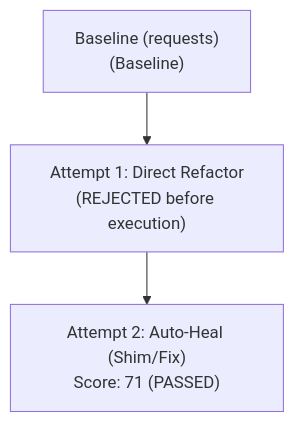
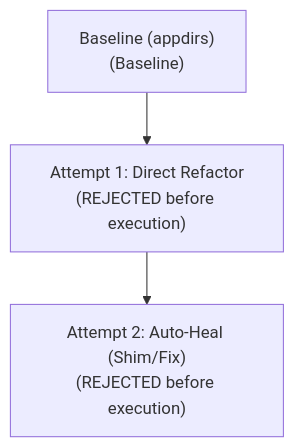
Before and after one commit to Aarya-2601/H26_Heckers_Kavach: the diagram in CAPSULE.md, drawn with Mermaid. The commit also changed other lines of this file and 11 other files, not shown here.

````diff
--- a/CAPSULE.md
+++ b/CAPSULE.md
@@ -16,10 +16,10 @@
 ```mermaid
 graph TD
-    node_0["Baseline (requests)<br/>(Baseline)"]
+    node_0["Baseline (appdirs)<br/>(Baseline)"]
     node_1["Attempt 1: Direct Refactor<br/>(REJECTED before execution)"]
     node_0 --> node_1
-    node_2["Attempt 2: Auto-Heal (Shim/Fix)<br/>Score: 71 (PASSED)"]
+    node_2["Attempt 2: Auto-Heal (Shim/Fix)<br/>(REJECTED before execution)"]
     node_1 --> node_2
     classDef passed fill:#2ea44f,stroke:#22863a,color:#fff;
     classDef failed fill:#cb2431,stroke:#b31d28,color:#fff;
 ```
````
